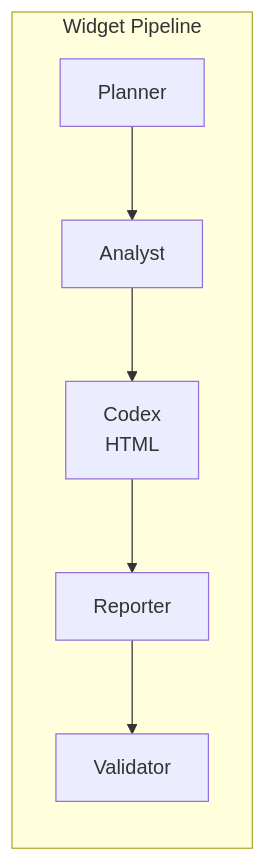
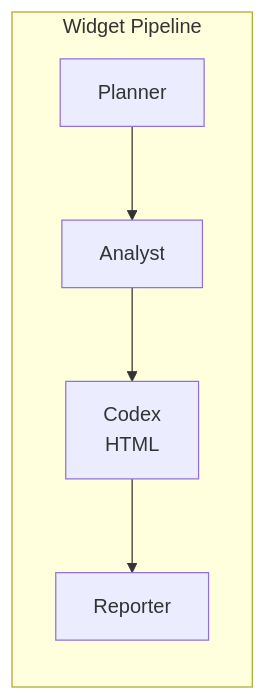
One commit to sgalex/gigaboard changed the fourth of 10 diagrams in docs/MULTI_AGENT.md. Above: the diagram before and after it, drawn with Mermaid. The commit also changed other lines of this file and 97 other files, not shown here.

````diff
--- a/docs/MULTI_AGENT.md
+++ b/docs/MULTI_AGENT.md
@@ -316,6 +323,6 @@
 ```mermaid
 flowchart LR
     subgraph WIDGET["Widget Pipeline"]
-        P3[Planner] --> A3[Analyst] --> C3[Codex\nHTML] --> REP3[Reporter] --> V3[Validator]
+        P3[Planner] --> A3[Analyst] --> C3[Codex\nHTML] --> REP3[Reporter]
     end
 ```
````
